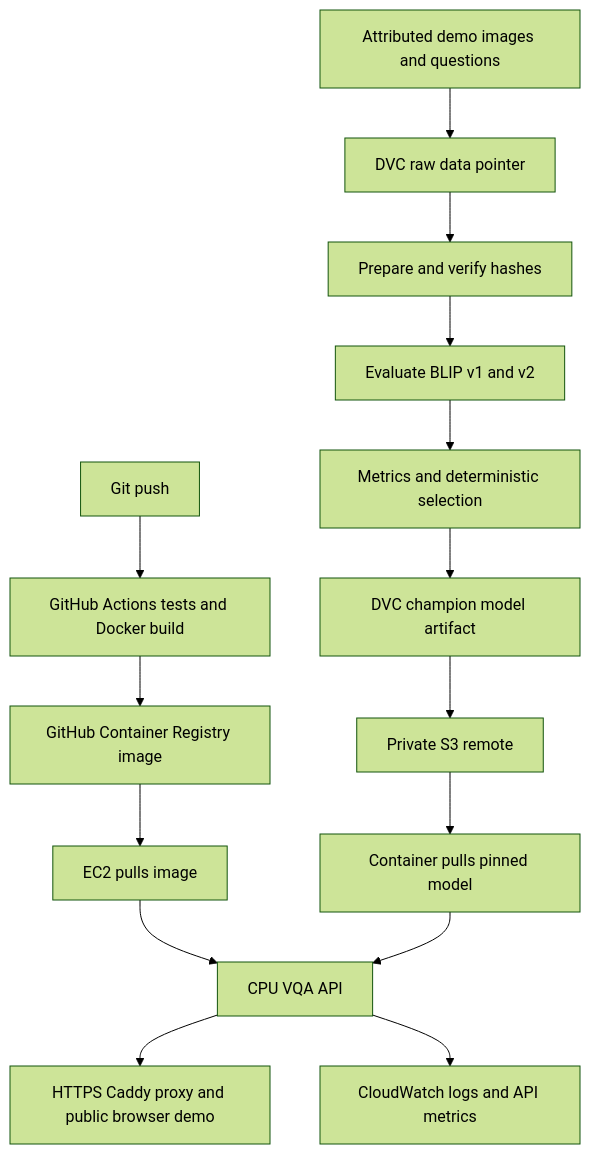
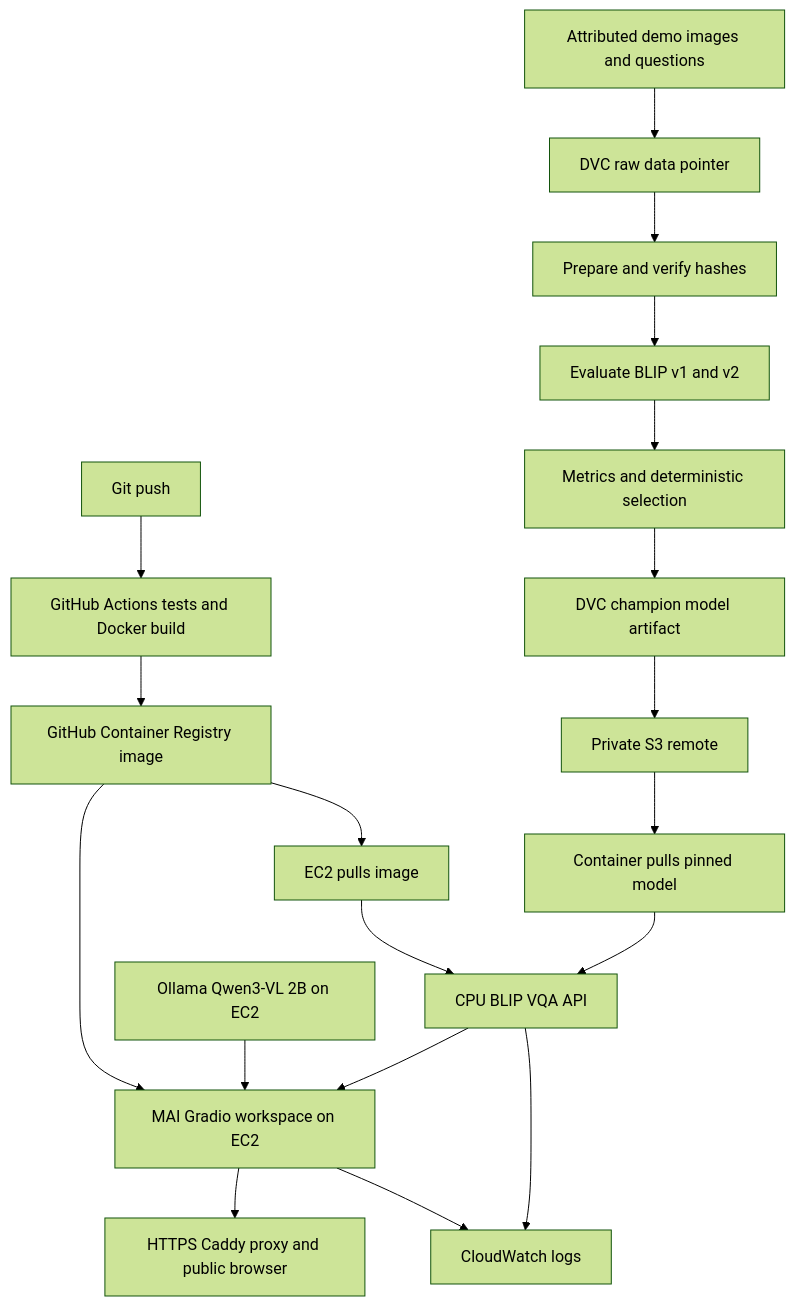
Before and after one commit to Vkmstry1611/mai-project: the diagram in mlops/README.md, drawn with Mermaid (forest theme). The commit also changed other lines of this file and 2 other files, not shown here.

Commit message:
Update Ollama runtime and monitor cloud vision inference

````diff
--- a/mlops/README.md
+++ b/mlops/README.md
@@ -11,17 +11,21 @@
 ```mermaid
 flowchart TD
   A[Attributed demo images and questions] --> B[DVC raw data pointer]
   B --> C[Prepare and verify hashes]
   C --> D[Evaluate BLIP v1 and v2]
   D --> E[Metrics and deterministic selection]
   E --> F[DVC champion model artifact]
   F --> G[Private S3 remote]
   H[Git push] --> I[GitHub Actions tests and Docker build]
   I --> J[GitHub Container Registry image]
   J --> K[EC2 pulls image]
   G --> L[Container pulls pinned model]
-  K --> M[CPU VQA API]
+  K --> M[CPU BLIP VQA API]
   L --> M
-  M --> N[HTTPS Caddy proxy and public browser demo]
-  M --> O[CloudWatch logs and API metrics]
+  J --> P[MAI Gradio workspace on EC2]
+  Q[Ollama Qwen3-VL 2B on EC2] --> P
+  M --> P
+  P --> N[HTTPS Caddy proxy and public browser]
+  P --> O[CloudWatch logs]
+  M --> O
 ```
````
